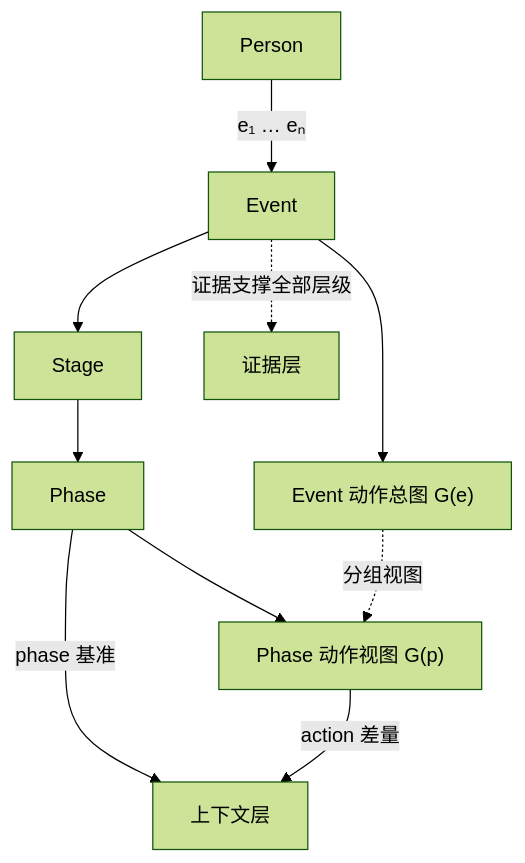
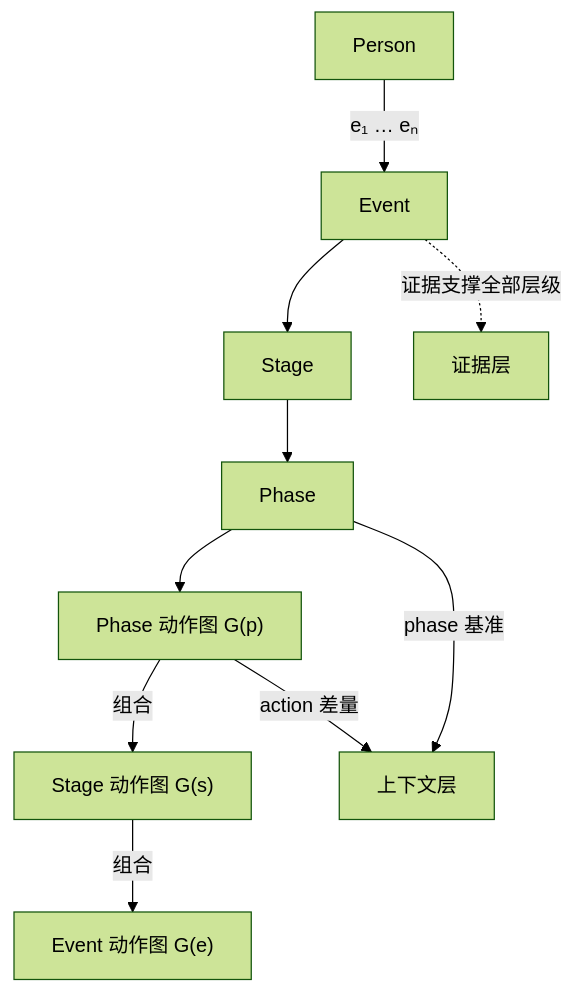
The first of 4 diagrams in docs/structures/0-overview.md (AgenticFinLab/FinMycelium), drawn with Mermaid (forest theme) before and after one commit. The commit also changed other lines of this file and 7 other files, not shown here.

First line of the commit message:
docs: simplify to strict hierarchical action-graph composition

````diff
--- a/docs/structures/0-overview.md
+++ b/docs/structures/0-overview.md
@@ -30,13 +30,13 @@
 ```mermaid
 flowchart TB
     P["Person"]
     P -->|e₁ … eₙ| E["Event"]
     E --> S["Stage"]
     S --> PH["Phase"]
-    PH --> G["Phase 动作视图 G(p)"]
-    E --> GE["Event 动作总图 G(e)"]
-    GE -.->|分组视图| G
+    PH --> G["Phase 动作图 G(p)"]
+    G -->|组合| GS["Stage 动作图 G(s)"]
+    GS -->|组合| GE["Event 动作图 G(e)"]
     PH -->|phase 基准| C["上下文层"]
     G -->|action 差量| C
     E -.->|证据支撑全部层级| V["证据层"]
 ```
````
